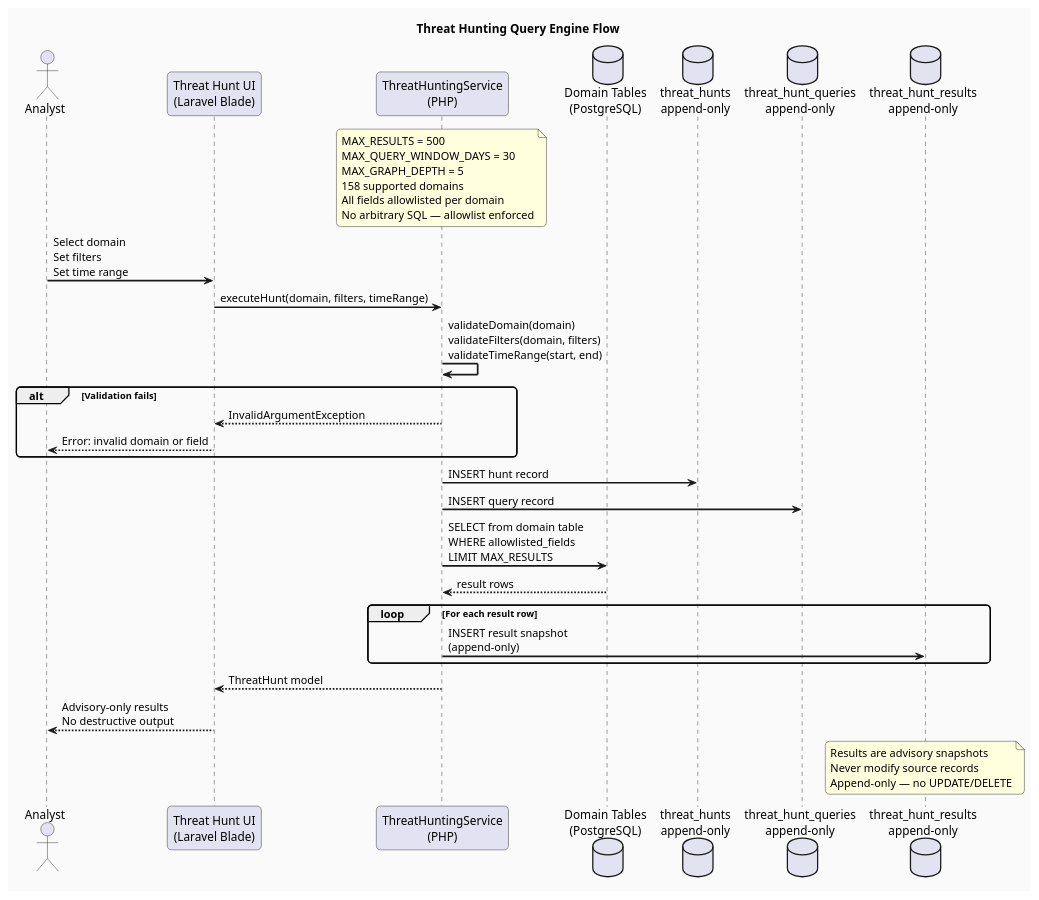
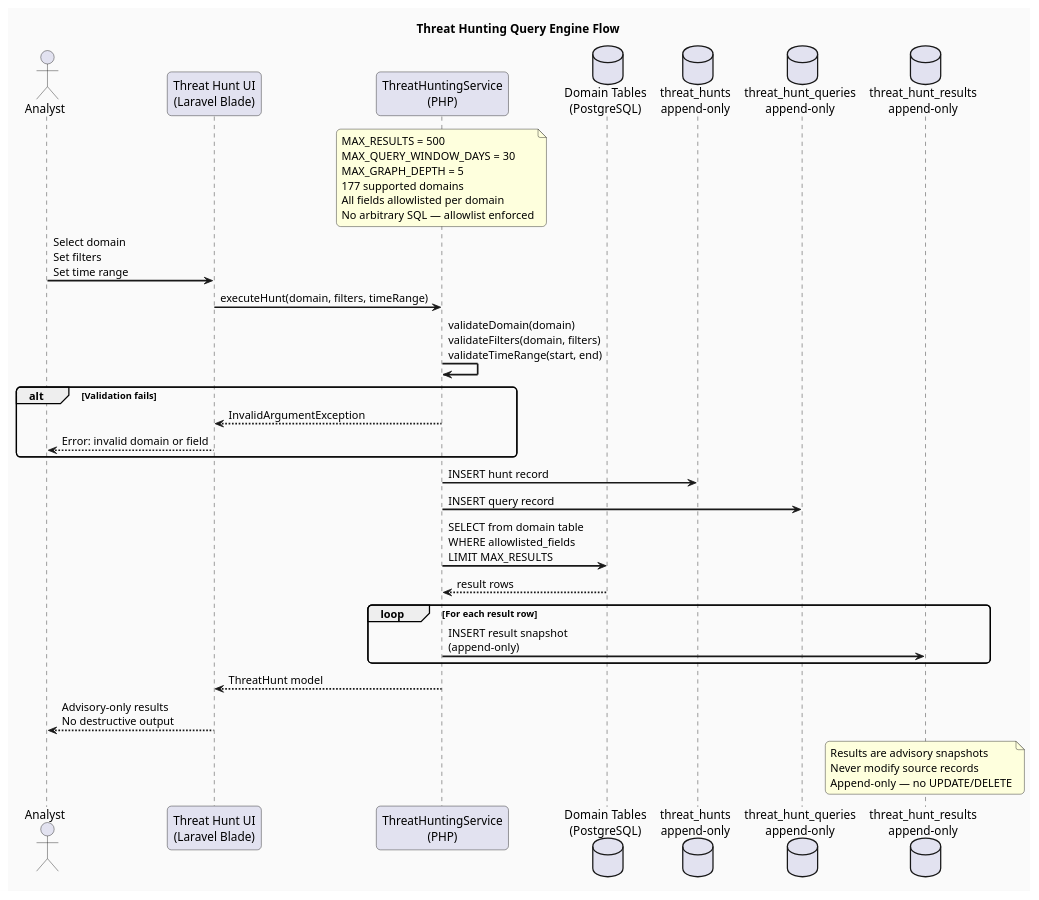
The diagram in docs/architecture/plantuml/threat_hunting_flow.puml (AlfiMuhtadii/enterprise-SIEM), drawn with PlantUML before and after one commit. The commit also changed 18 other files, not shown here.

```diff
--- a/docs/architecture/plantuml/threat_hunting_flow.puml
+++ b/docs/architecture/plantuml/threat_hunting_flow.puml
@@ -1,53 +1,53 @@
 @startuml threat_hunting_flow
 title Threat Hunting Query Engine Flow
 
 skinparam backgroundColor #FAFAFA
 skinparam roundcorner 10
 skinparam sequenceArrowThickness 2
 
 actor Analyst
 participant "Threat Hunt UI\n(Laravel Blade)" as UI
 participant "ThreatHuntingService\n(PHP)" as SVC
 database "Domain Tables\n(PostgreSQL)" as DB
 database "threat_hunts\nappend-only" as HUNTS
 database "threat_hunt_queries\nappend-only" as QUERIES
 database "threat_hunt_results\nappend-only" as RESULTS
 
 note over SVC
   MAX_RESULTS = 500
   MAX_QUERY_WINDOW_DAYS = 30
   MAX_GRAPH_DEPTH = 5
-  158 supported domains
+  177 supported domains
   All fields allowlisted per domain
   No arbitrary SQL — allowlist enforced
 end note
 
 Analyst -> UI : Select domain\nSet filters\nSet time range
 UI -> SVC : executeHunt(domain, filters, timeRange)
 
 SVC -> SVC : validateDomain(domain)\nvalidateFilters(domain, filters)\nvalidateTimeRange(start, end)
 
 alt Validation fails
   SVC --> UI : InvalidArgumentException
   UI --> Analyst : Error: invalid domain or field
 end
 
 SVC -> HUNTS : INSERT hunt record
 SVC -> QUERIES : INSERT query record
 SVC -> DB : SELECT from domain table\nWHERE allowlisted_fields\nLIMIT MAX_RESULTS
 DB --> SVC : result rows
 
 loop For each result row
   SVC -> RESULTS : INSERT result snapshot\n(append-only)
 end
 
 SVC --> UI : ThreatHunt model
 UI --> Analyst : Advisory-only results\nNo destructive output
 
 note over RESULTS
   Results are advisory snapshots
   Never modify source records
   Append-only — no UPDATE/DELETE
 end note
 
 @enduml
```
